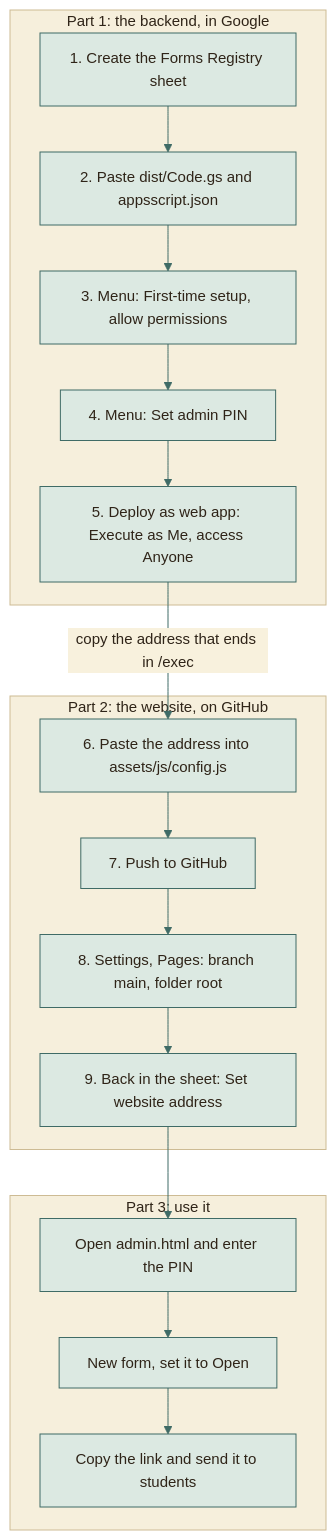
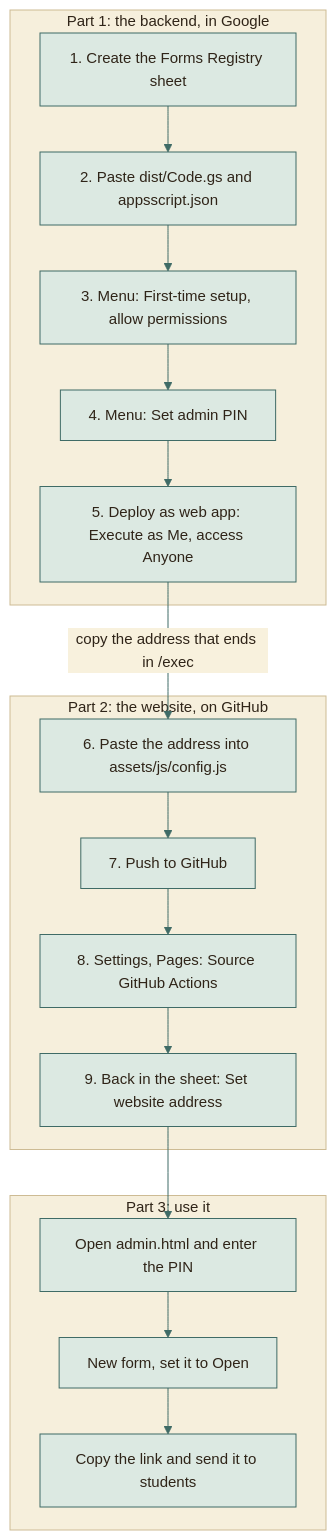
The first of 2 diagrams in docs/DEPLOY.md (moyeh04/forms-platform), drawn with Mermaid before and after one commit. The commit also changed other lines of this file and 4 other files, not shown here.

````diff
--- a/docs/DEPLOY.md
+++ b/docs/DEPLOY.md
@@ -16,48 +16,48 @@
 ```mermaid
 %%{init: {
   'theme': 'base',
   'themeVariables': {
     'fontFamily': 'ui-sans-serif, system-ui, -apple-system, Segoe UI, Roboto, sans-serif',
     'fontSize': '15px',
     'primaryColor': '#DCE9E2', 'primaryBorderColor': '#3F6B66', 'primaryTextColor': '#2F2418',
     'secondaryColor': '#F0E4C8', 'secondaryBorderColor': '#C9A24A', 'secondaryTextColor': '#2F2418',
     'tertiaryColor': '#F6EFDC', 'tertiaryBorderColor': '#CDBB94', 'tertiaryTextColor': '#2F2418',
     'lineColor': '#3F6B66', 'textColor': '#2F2418', 'mainBkg': '#DCE9E2', 'nodeBorder': '#3F6B66',
     'clusterBkg': '#F6EFDC', 'clusterBorder': '#CDBB94', 'titleColor': '#2F2418',
     'edgeLabelBackground': '#F8F1DD',
     'actorBkg': '#DCE9E2', 'actorBorder': '#3F6B66', 'actorTextColor': '#2F2418', 'actorLineColor': '#8FB3AB',
     'signalColor': '#477A73', 'signalTextColor': '#477A73',
     'labelBoxBkgColor': '#F0E4C8', 'labelBoxBorderColor': '#C9A24A', 'labelTextColor': '#2F2418', 'loopTextColor': '#6A5A44',
     'noteBkgColor': '#FBEFC9', 'noteBorderColor': '#C9A24A', 'noteTextColor': '#2F2418',
     'activationBkgColor': '#DCE9E2', 'activationBorderColor': '#3F6B66', 'sequenceNumberColor': '#F8F1DD',
     'transitionColor': '#3F6B66', 'stateLabelColor': '#2F2418', 'stateBkg': '#DCE9E2', 'altBackground': '#F6EFDC',
     'attributeBackgroundColorOdd': '#F8F1DD', 'attributeBackgroundColorEven': '#F0E4C8'
   },
   'flowchart': {'curve': 'basis', 'padding': 14, 'nodeSpacing': 40, 'rankSpacing': 46},
   'sequence': {'mirrorActors': false, 'messageMargin': 34, 'boxMargin': 8}
 }}%%
 flowchart TD
     subgraph P1["Part 1: the backend, in Google"]
         a1["1. Create the Forms Registry sheet"] --> a2["2. Paste dist/Code.gs and appsscript.json"]
         a2 --> a3["3. Menu: First-time setup, allow permissions"]
         a3 --> a4["4. Menu: Set admin PIN"]
         a4 --> a5["5. Deploy as web app: Execute as Me, access Anyone"]
     end
     a5 -- "copy the address that ends in /exec" --> b1
     subgraph P2["Part 2: the website, on GitHub"]
         b1["6. Paste the address into assets/js/config.js"] --> b2["7. Push to GitHub"]
-        b2 --> b3["8. Settings, Pages: branch main, folder root"]
+        b2 --> b3["8. Settings, Pages: Source GitHub Actions"]
         b3 --> b4["9. Back in the sheet: Set website address"]
     end
     b4 --> c1
     subgraph P3["Part 3: use it"]
         c1["Open admin.html and enter the PIN"] --> c2["New form, set it to Open"]
         c2 --> c3["Copy the link and send it to students"]
     end
     classDef cDb fill:#F3E2B3,stroke:#B8892D,stroke-width:1.5px,color:#2F2418
     classDef cActor fill:#F4D9D3,stroke:#9A3328,stroke-width:1.5px,color:#2F2418
     classDef cDec fill:#FBEFC9,stroke:#C9A24A,stroke-width:1.5px,color:#2F2418
     classDef cEnd fill:#2F2418,stroke:#2F2418,color:#F8F1DD
     classDef cErr fill:#F6D5CF,stroke:#A12B1F,stroke-width:1.5px,color:#5A140C
     classDef cOk fill:#BFD9CF,stroke:#2E5A55,stroke-width:1.5px,color:#17302D
 ```
````
